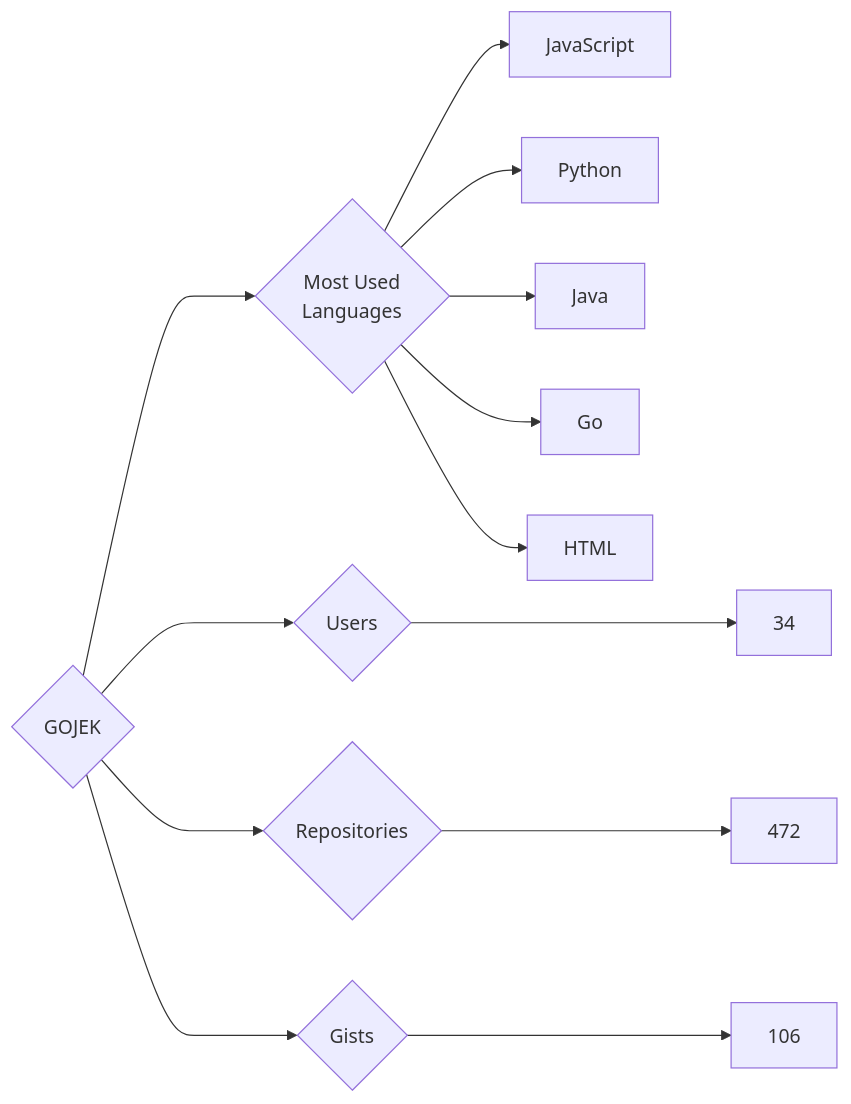
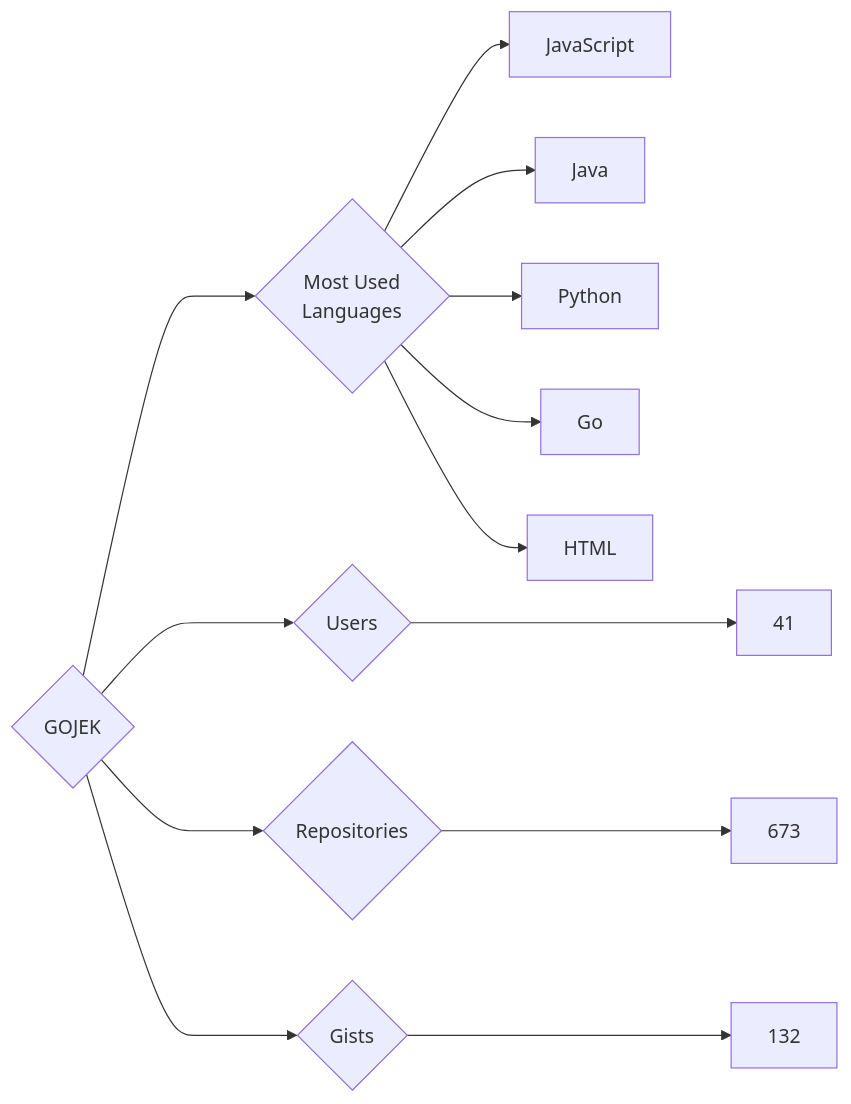
Before and after one commit to trickest/insiders: the diagram in targets/GOJEK/README.md, drawn with Mermaid. The commit also changed 951 other files, not shown here.

````diff
--- a/targets/GOJEK/README.md
+++ b/targets/GOJEK/README.md
@@ -3,13 +3,13 @@
 ```mermaid
 graph LR
 COMPANY_NAME{GOJEK}
-COMPANY_NAME ---> U{Users} ---> UN[34]
-COMPANY_NAME ---> R{Repositories} ---> RN[472]
-COMPANY_NAME ---> G{Gists} ---> GN[106]
+COMPANY_NAME ---> U{Users} ---> UN[41]
+COMPANY_NAME ---> R{Repositories} ---> RN[673]
+COMPANY_NAME ---> G{Gists} ---> GN[132]
 COMPANY_NAME ---> ML{Most Used<br>Languages}
 ML --> JavaScript[JavaScript]
+ML --> Java[Java]
 ML --> Python[Python]
-ML --> Java[Java]
 ML --> Go[Go]
 ML --> HTML[HTML]
 ```
````
